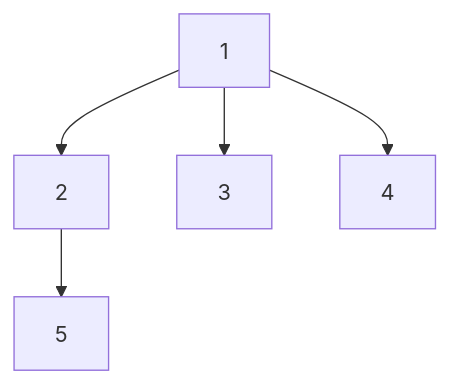
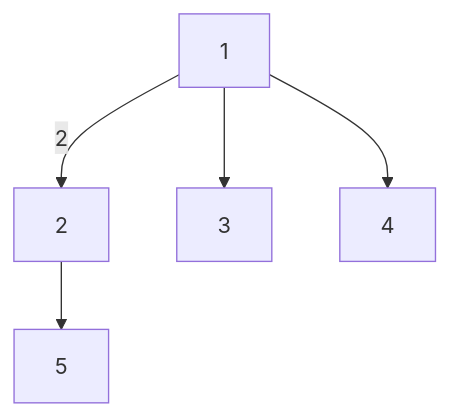
One commit to Rahul10Saha/Graphs_basics changed the second of 2 diagrams in README.md. Above: the diagram before and after it, drawn with Mermaid.

````diff
--- a/README.md
+++ b/README.md
@@ -257,7 +257,7 @@
 ```mermaid
 graph TD;
-    1-->2;
+    1--2-->2;
     1-->3;
     1-->4;
     2-->5;
 ```
````
